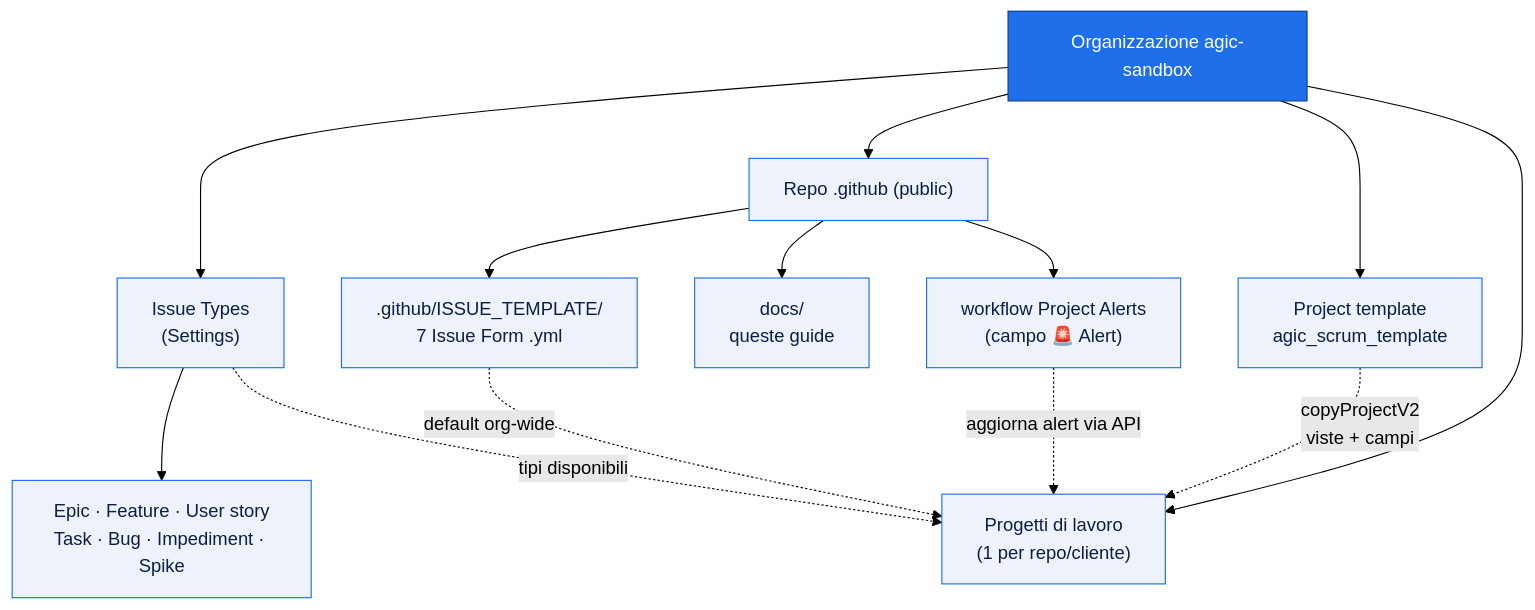
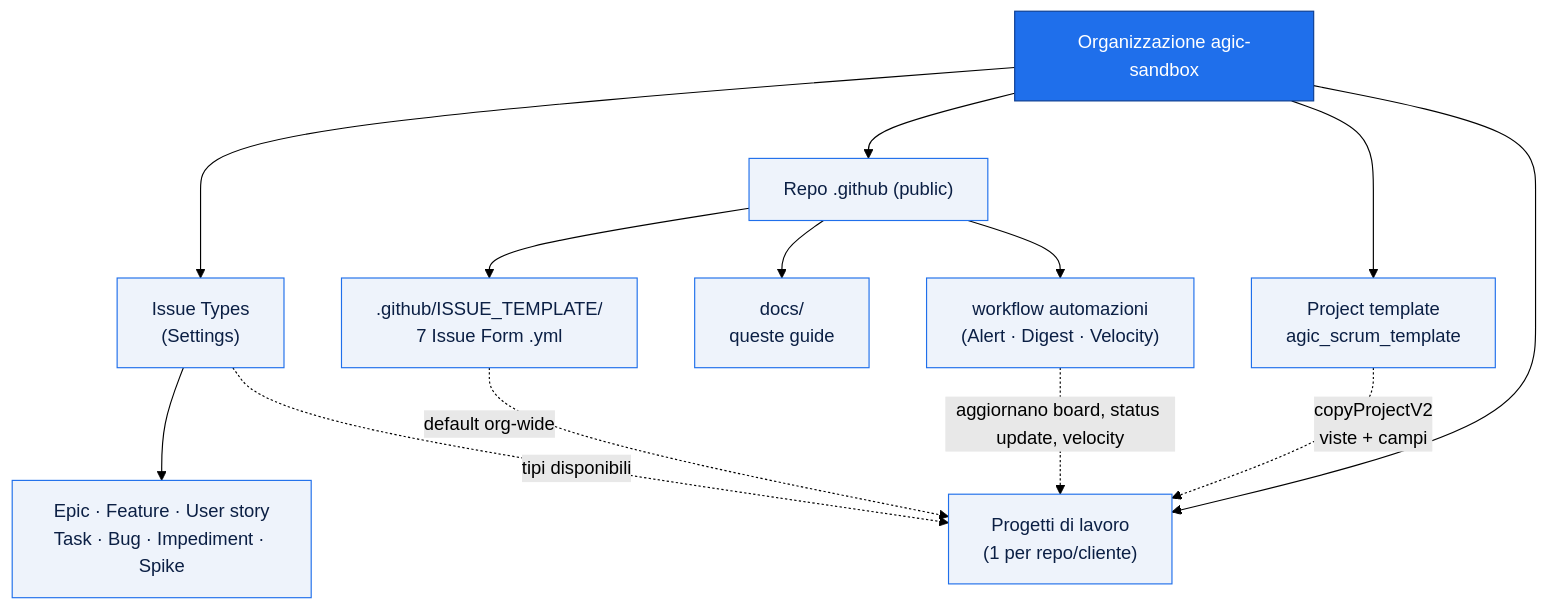
Before and after one commit to agic-sandbox/.github: the diagram in docs/README.md, drawn with Mermaid (forest theme). The commit also changed other lines of this file and 3 other files, not shown here.

````diff
--- a/docs/README.md
+++ b/docs/README.md
@@ -18,25 +18,25 @@
 ```mermaid
 flowchart TD
     ORG["Organizzazione agic-sandbox"]
 
     ORG --> TYPES["Issue Types<br/>(Settings)"]
     ORG --> GH["Repo .github (public)"]
     ORG --> TPL["Project template<br/>agic_scrum_template"]
     ORG --> WORK["Progetti di lavoro<br/>(1 per repo/cliente)"]
 
     TYPES --> T1["Epic · Feature · User story<br/>Task · Bug · Impediment · Spike"]
 
     GH --> FORMS[".github/ISSUE_TEMPLATE/<br/>7 Issue Form .yml"]
     GH --> DOCS["docs/<br/>queste guide"]
-    GH --> ALERTS["workflow Project Alerts<br/>(campo 🚨 Alert)"]
+    GH --> ALERTS["workflow automazioni<br/>(Alert · Digest · Velocity)"]
 
     TPL -.->|copyProjectV2<br/>viste + campi| WORK
     FORMS -.->|default org-wide| WORK
     TYPES -.->|tipi disponibili| WORK
-    ALERTS -.->|aggiorna alert via API| WORK
+    ALERTS -.->|aggiornano board, status update, velocity| WORK
 
     classDef org fill:#1f6feb,stroke:#0b3d91,color:#fff;
     classDef node fill:#eef3fb,stroke:#1f6feb,color:#0b1f44;
     class ORG org;
     class TYPES,GH,TPL,WORK,T1,FORMS,DOCS,ALERTS node;
 ```
````
